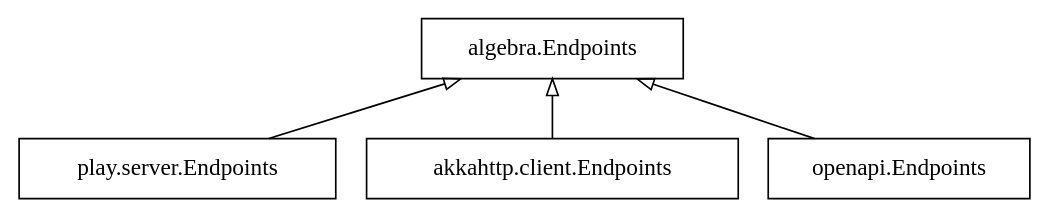
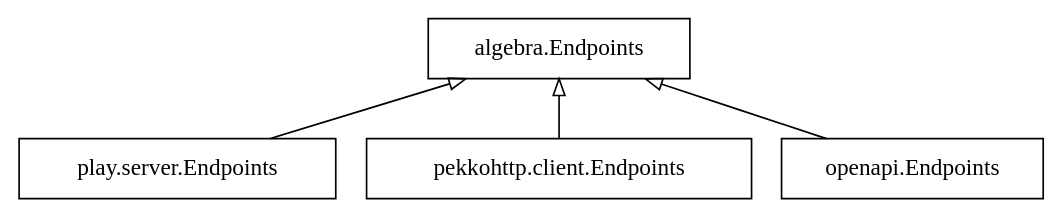
Before and after one commit to endpoints4s/endpoints4s: the diagram in documentation/manual/src/main/graphviz/multiple-interpreters.gv, drawn with Graphviz. The commit also changed 111 other files, not shown here.

Commit message:
Migrate from Akka to Pekko (#1207)

```diff
--- a/documentation/manual/src/main/graphviz/multiple-interpreters.gv
+++ b/documentation/manual/src/main/graphviz/multiple-interpreters.gv
@@ -1,14 +1,14 @@
 digraph {
   rankdir = BT
   node [shape=box,fontname=mono]
   edge [arrowhead=onormal]
 
   algebra [ label="algebra.Endpoints" ]
   playServer [ label="play.server.Endpoints" ]
-  akkaClient [ label="akkahttp.client.Endpoints" ]
+  pekkoClient [ label="pekkohttp.client.Endpoints" ]
   openapi [ label="openapi.Endpoints" ]
 
   playServer -> algebra
-  akkaClient -> algebra
+  pekkoClient -> algebra
   openapi -> algebra
 }
```
